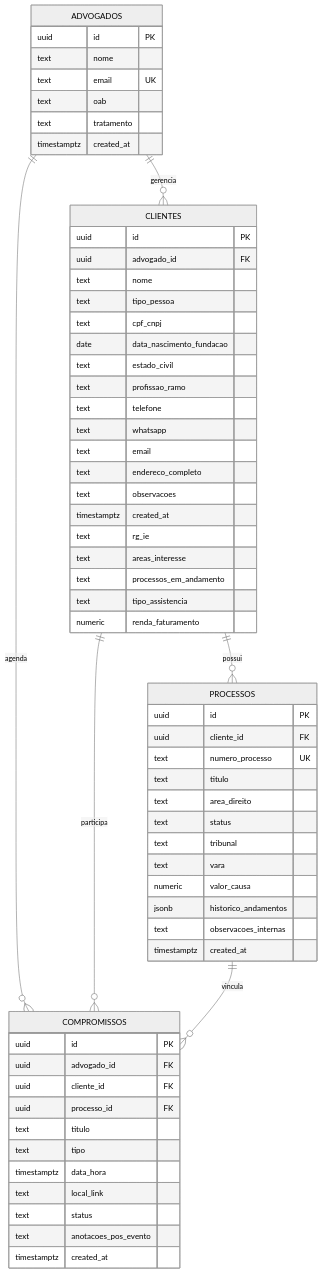
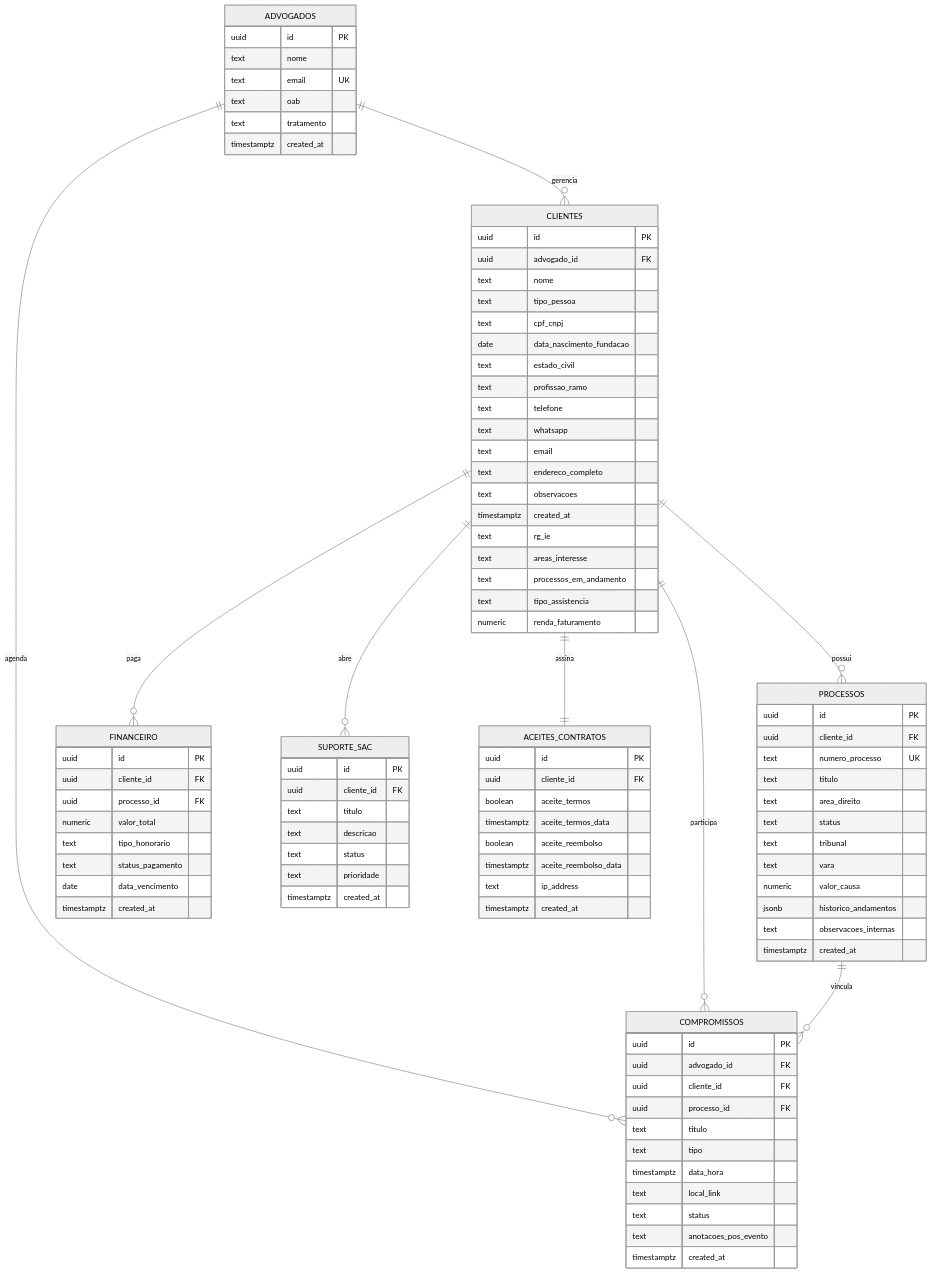
Before and after one commit to jhbogdanowicz-design/JT-Advocacia: the diagram in 1- banco_de_dados.md, drawn with Mermaid (neutral theme). The commit also changed other lines of this file and 3 other files, not shown here.

Commit message:
feat: substituir modulo de compliance por direito do consumidor e criar tabelas sac/aceites

````diff
--- a/1- banco_de_dados.md
+++ b/1- banco_de_dados.md
@@ -15,6 +15,9 @@
     CLIENTES ||--o{ PROCESSOS : "possui"
     CLIENTES ||--o{ COMPROMISSOS : "participa"
     PROCESSOS ||--o{ COMPROMISSOS : "vincula"
+    CLIENTES ||--o{ FINANCEIRO : "paga"
+    CLIENTES ||--o{ SUPORTE_SAC : "abre"
+    CLIENTES ||--|| ACEITES_CONTRATOS : "assina"
 
     ADVOGADOS {
         uuid id PK
@@ -75,4 +78,36 @@
         text anotacoes_pos_evento
         timestamptz created_at
     }
+
+    FINANCEIRO {
+        uuid id PK
+        uuid cliente_id FK
+        uuid processo_id FK
+        numeric valor_total
+        text tipo_honorario
+        text status_pagamento
+        date data_vencimento
+        timestamptz created_at
+    }
+
+    SUPORTE_SAC {
+        uuid id PK
+        uuid cliente_id FK
+        text titulo
+        text descricao
+        text status
+        text prioridade
+        timestamptz created_at
+    }
+
+    ACEITES_CONTRATOS {
+        uuid id PK
+        uuid cliente_id FK
+        boolean aceite_termos
+        timestamptz aceite_termos_data
+        boolean aceite_reembolso
+        timestamptz aceite_reembolso_data
+        text ip_address
+        timestamptz created_at
+    }
 ```
````
